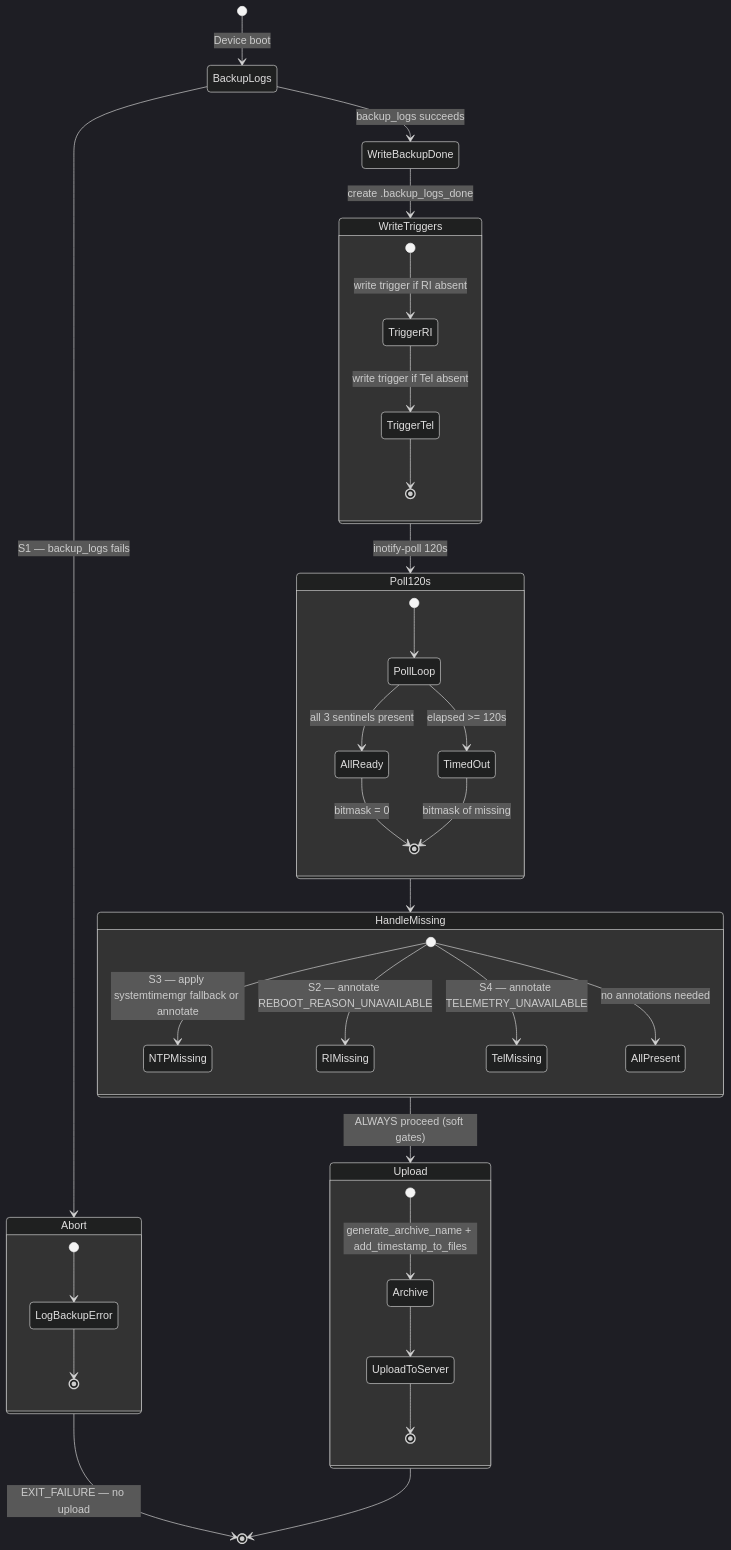
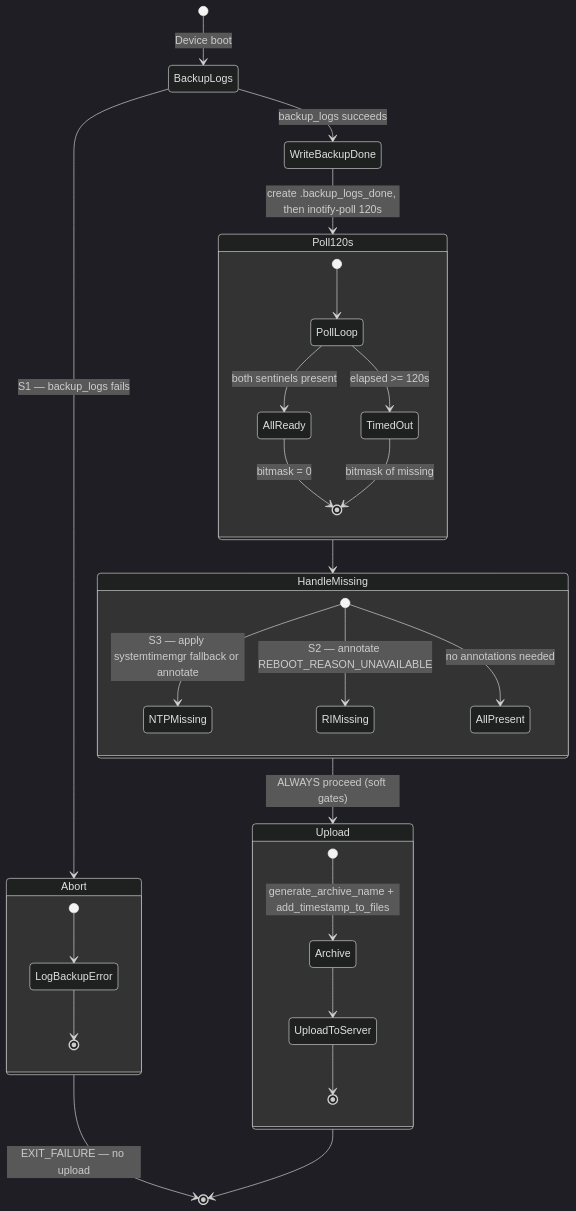
Before and after one commit to rdkcentral/dcm-agent: the third of 5 diagrams in .github/slides.md, drawn with Mermaid (dark theme). The commit also changed other lines of this file, not shown here.

````diff
--- a/.github/slides.md
+++ b/.github/slides.md
@@ -193,50 +180,41 @@
 ```mermaid
 stateDiagram-v2
     [*] --> BackupLogs : Device boot
 
     BackupLogs --> Abort : S1 — backup_logs fails
     BackupLogs --> WriteBackupDone : backup_logs succeeds
 
     state Abort {
         [*] --> LogBackupError
         LogBackupError --> [*]
     }
     Abort --> [*] : EXIT_FAILURE — no upload
 
-    WriteBackupDone --> WriteTriggers : create .backup_logs_done
-
-    state WriteTriggers {
-        [*] --> TriggerRI : write trigger if RI absent
-        TriggerRI --> TriggerTel : write trigger if Tel absent
-        TriggerTel --> [*]
-    }
-
-    WriteTriggers --> Poll120s : inotify-poll 120s
+    WriteBackupDone --> Poll120s : create .backup_logs_done, then inotify-poll 120s
 
     state Poll120s {
         [*] --> PollLoop
-        PollLoop --> AllReady : all 3 sentinels present
+        PollLoop --> AllReady : both sentinels present
         PollLoop --> TimedOut : elapsed >= 120s
         AllReady --> [*] : bitmask = 0
         TimedOut --> [*] : bitmask of missing
     }
 
     Poll120s --> HandleMissing
 
     state HandleMissing {
         [*] --> NTPMissing : S3 — apply systemtimemgr fallback or annotate
         [*] --> RIMissing : S2 — annotate REBOOT_REASON_UNAVAILABLE
-        [*] --> TelMissing : S4 — annotate TELEMETRY_UNAVAILABLE
         [*] --> AllPresent : no annotations needed
     }
 
     HandleMissing --> Upload : ALWAYS proceed (soft gates)
 
     state Upload {
         [*] --> Archive : generate_archive_name + add_timestamp_to_files
         Archive --> UploadToServer
         UploadToServer --> [*]
     }
 
     Upload --> [*]
 ```
````
